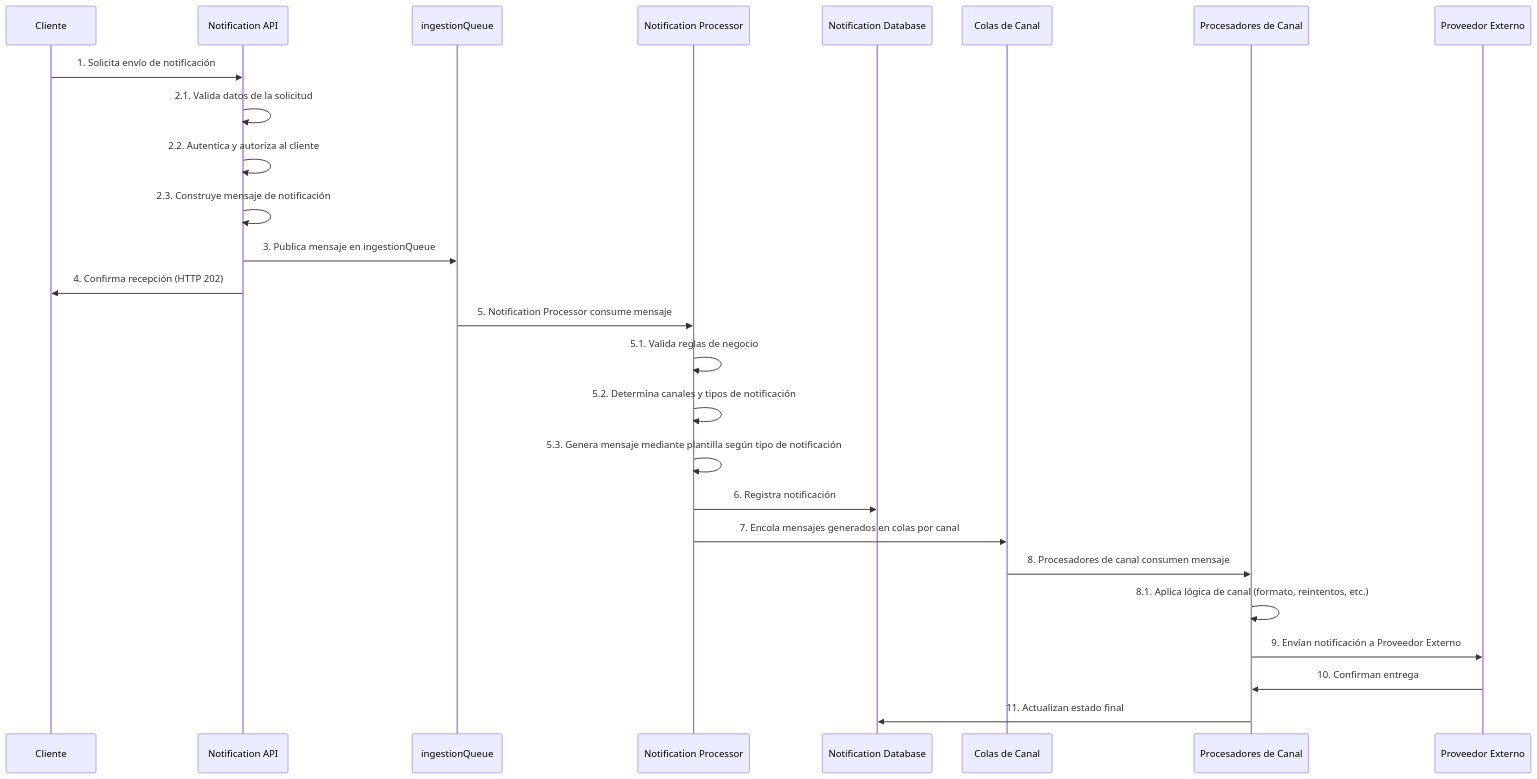
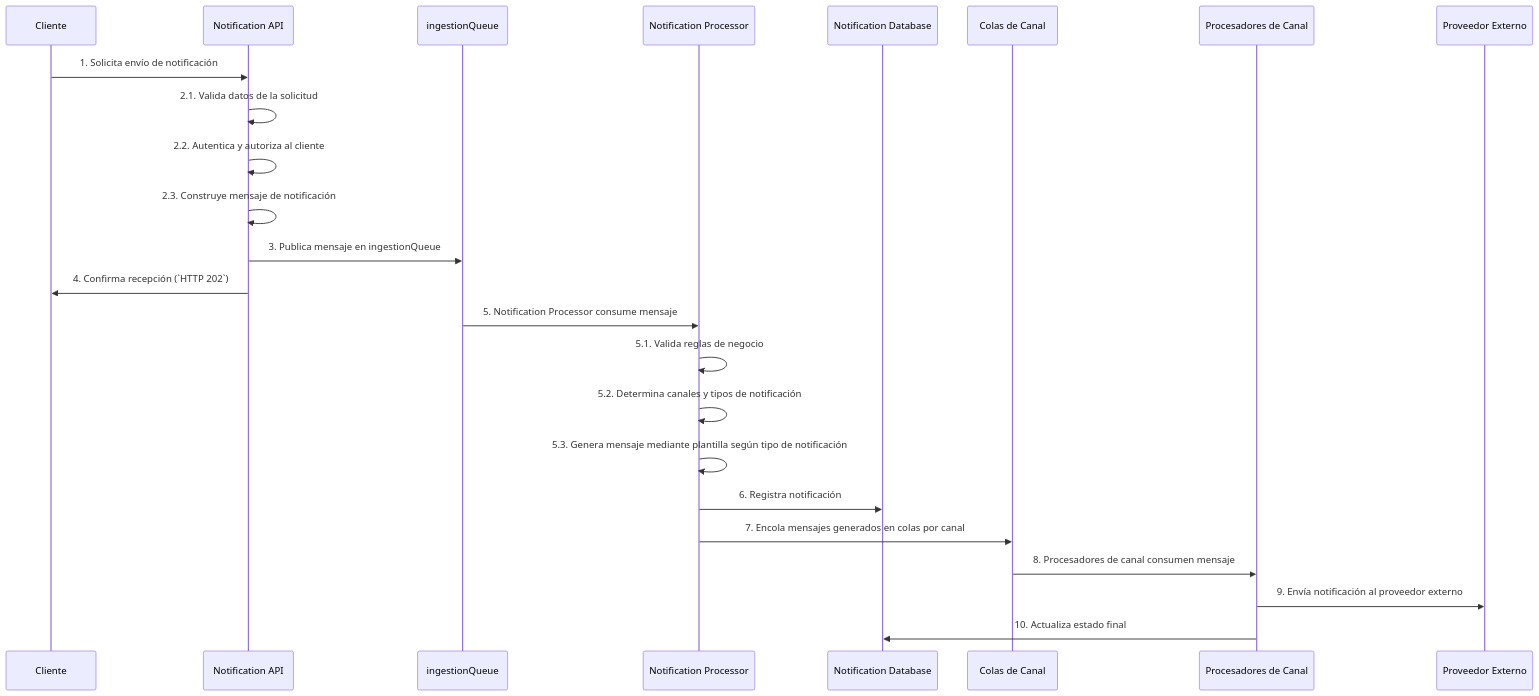
One commit to jclemente-tlm/tlm-arq-servicios-corporativos changed the diagram in docs/servicio-notificacion/06-vista-tiempo-ejecucion.md. Above: the diagram before and after it, drawn with Mermaid. The commit also changed other lines of this file and 15 other files, not shown here.

Commit message:
wip: actualiza diagrama de implementacion generadas

````diff
--- a/docs/servicio-notificacion/06-vista-tiempo-ejecucion.md
+++ b/docs/servicio-notificacion/06-vista-tiempo-ejecucion.md
@@ -36,30 +36,28 @@
 ```mermaid
 sequenceDiagram
     participant Cliente as Cliente
     participant API as Notification API
     participant Ingestion as ingestionQueue
     participant Processor as Notification Processor
     participant DB as Notification Database
     participant ColasCanal as Colas de Canal
     participant ProcCanal as Procesadores de Canal
     participant Proveedor as Proveedor Externo
 
     Cliente->>API: 1. Solicita envío de notificación
     API->>API: 2.1. Valida datos de la solicitud
     API->>API: 2.2. Autentica y autoriza al cliente
     API->>API: 2.3. Construye mensaje de notificación
     API->>Ingestion: 3. Publica mensaje en ingestionQueue
-    API->>Cliente: 4. Confirma recepción (HTTP 202)
+    API->>Cliente: 4. Confirma recepción (`HTTP 202`)
 
     Ingestion->>Processor: 5. Notification Processor consume mensaje
     Processor->>Processor: 5.1. Valida reglas de negocio
     Processor->>Processor: 5.2. Determina canales y tipos de notificación
     Processor->>Processor: 5.3. Genera mensaje mediante plantilla según tipo de notificación
     Processor->>DB: 6. Registra notificación
     Processor->>ColasCanal: 7. Encola mensajes generados en colas por canal
     ColasCanal->>ProcCanal: 8. Procesadores de canal consumen mensaje
-    ProcCanal->>ProcCanal: 8.1. Aplica lógica de canal (formato, reintentos, etc.)
-    ProcCanal->>Proveedor: 9. Envían notificación a Proveedor Externo
-    Proveedor->>ProcCanal: 10. Confirman entrega
-    ProcCanal->>DB: 11. Actualizan estado final
+    ProcCanal->>Proveedor: 9. Envía notificación al proveedor externo
+    ProcCanal->>DB: 10. Actualiza estado final
 ```
````
